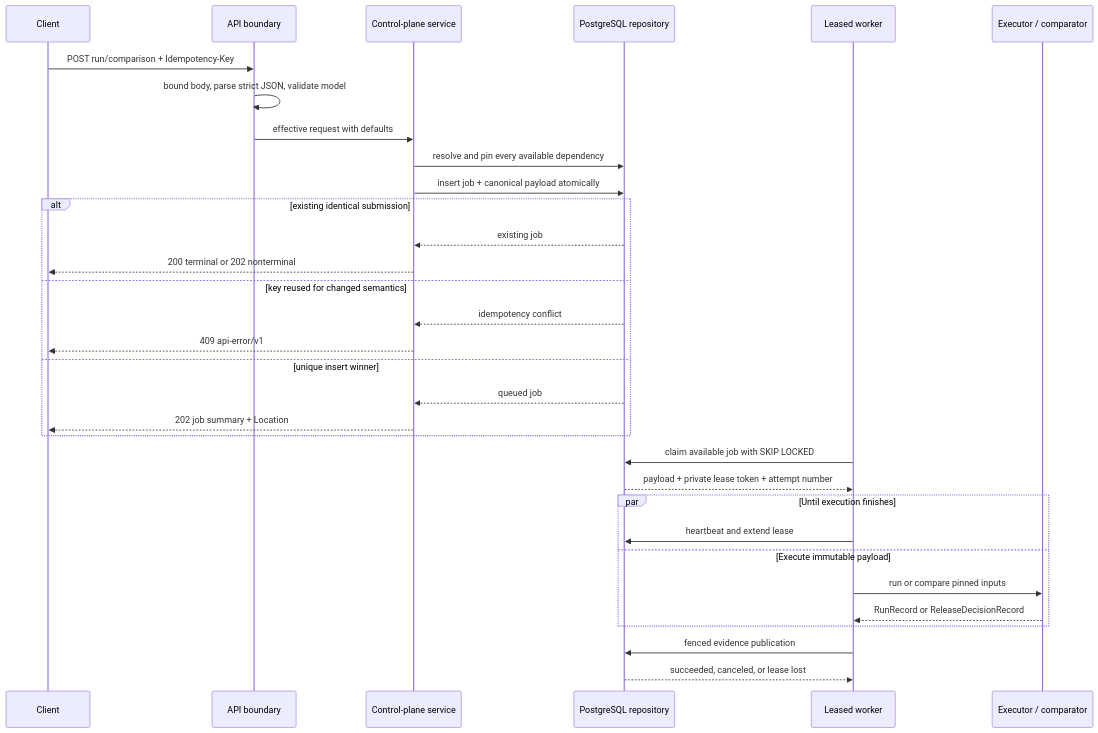
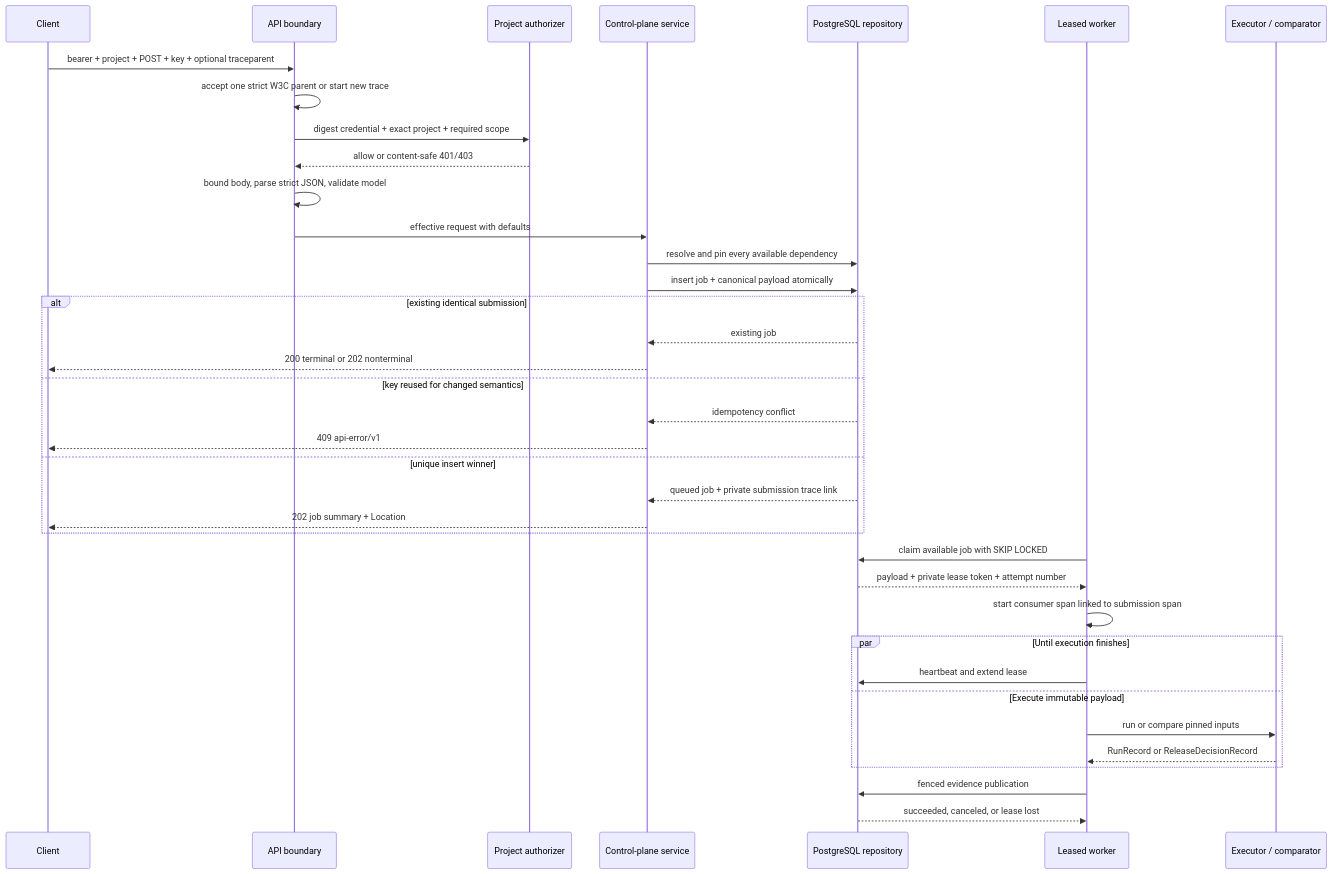
One commit to idevelopAI/llm-eval-control-plane changed the fourth of 5 diagrams in docs/architecture.md. Above: the diagram before and after it, drawn with Mermaid. The commit also changed other lines of this file and 3 other files, not shown here.

Commit message:
docs(architecture): record auth and telemetry boundary

````diff
--- a/docs/architecture.md
+++ b/docs/architecture.md
@@ -171,35 +180,40 @@
 ```mermaid
 sequenceDiagram
     participant Client
     participant Boundary as API boundary
+    participant Auth as Project authorizer
     participant Service as Control-plane service
     participant Store as PostgreSQL repository
     participant Worker as Leased worker
     participant Execute as Executor / comparator
 
-    Client->>Boundary: POST run/comparison + Idempotency-Key
+    Client->>Boundary: bearer + project + POST + key + optional traceparent
+    Boundary->>Boundary: accept one strict W3C parent or start new trace
+    Boundary->>Auth: digest credential + exact project + required scope
+    Auth-->>Boundary: allow or content-safe 401/403
     Boundary->>Boundary: bound body, parse strict JSON, validate model
     Boundary->>Service: effective request with defaults
     Service->>Store: resolve and pin every available dependency
     Service->>Store: insert job + canonical payload atomically
     alt existing identical submission
         Store-->>Service: existing job
         Service-->>Client: 200 terminal or 202 nonterminal
     else key reused for changed semantics
         Store-->>Service: idempotency conflict
         Service-->>Client: 409 api-error/v1
     else unique insert winner
-        Store-->>Service: queued job
+        Store-->>Service: queued job + private submission trace link
         Service-->>Client: 202 job summary + Location
     end
     Worker->>Store: claim available job with SKIP LOCKED
     Store-->>Worker: payload + private lease token + attempt number
+    Worker->>Worker: start consumer span linked to submission span
     par Until execution finishes
         Worker->>Store: heartbeat and extend lease
     and Execute immutable payload
         Worker->>Execute: run or compare pinned inputs
         Execute-->>Worker: RunRecord or ReleaseDecisionRecord
     end
     Worker->>Store: fenced evidence publication
     Store-->>Worker: succeeded, canceled, or lease lost
 ```
````
